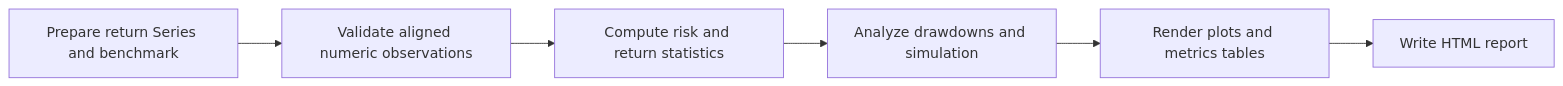
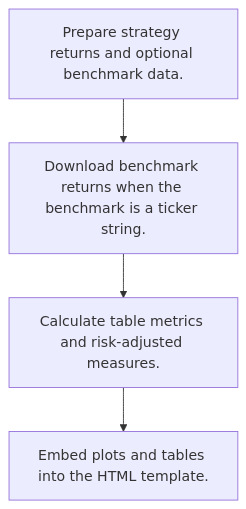
The third of 4 diagrams in docs/ayu-develop.md (alexcwyu/quantstats), drawn with Mermaid before and after one commit. The commit also changed other lines of this file and 13 other files, not shown here.

Commit message:
docs: standardize source-reviewed system guides and offline diagrams

````diff
--- a/docs/ayu-develop.md
+++ b/docs/ayu-develop.md
@@ -15,14 +134,10 @@
 ```mermaid
-flowchart LR
-    S0["Prepare return Series and benchmark"]
-    S1["Validate aligned numeric observations"]
-    S0 --> S1
-    S2["Compute risk and return statistics"]
-    S1 --> S2
-    S3["Analyze drawdowns and simulation"]
-    S2 --> S3
-    S4["Render plots and metrics tables"]
-    S3 --> S4
-    S5["Write HTML report"]
-    S4 --> S5
+flowchart TD
+  W0["Prepare strategy returns and optional benchmark data."]
+  W1["Download benchmark returns when the benchmark is a ticker string."]
+  W0 --> W1
+  W2["Calculate table metrics and risk-adjusted measures."]
+  W1 --> W2
+  W3["Embed plots and tables into the HTML template."]
+  W2 --> W3
 ```
````
